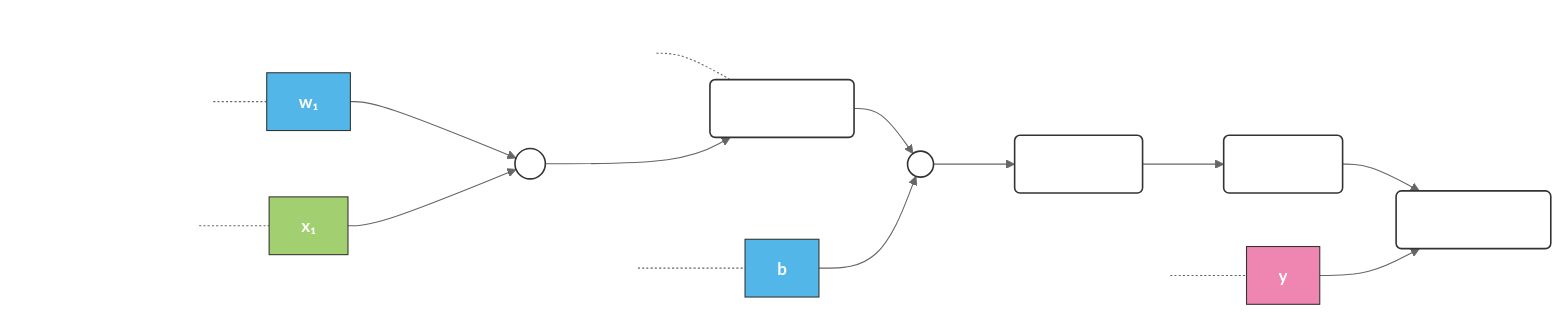
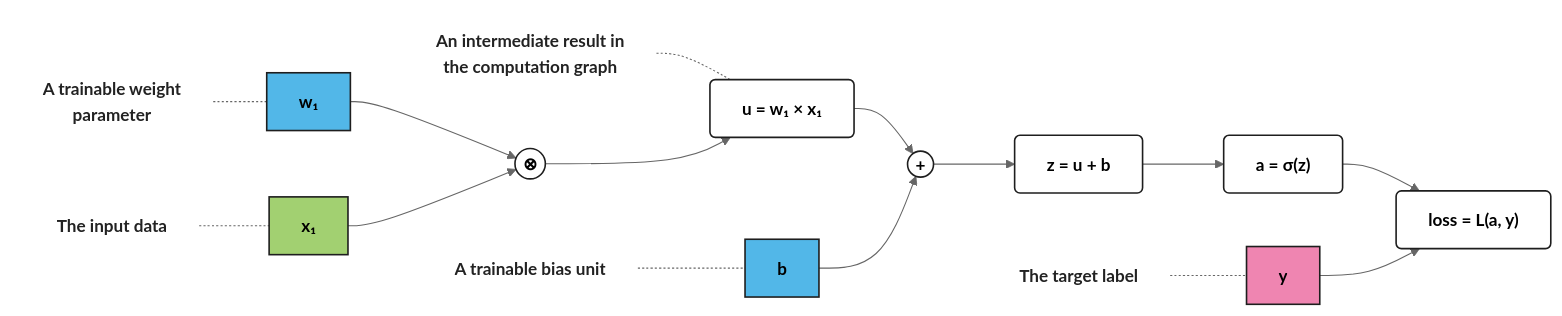
One commit to Fatim-h/Learning-Resource-building-LLM changed the first of 2 diagrams in Notes/AA_Pytorch.md. Above: the diagram before and after it, drawn with Mermaid (neutral theme). The commit also changed other lines of this file, not shown here.

````diff
--- a/Notes/AA_Pytorch.md
+++ b/Notes/AA_Pytorch.md
@@ -107,51 +107,51 @@
 ```mermaid
 flowchart LR
-    %% Class Definitions for Styling
-    classDef weight fill:#52b7e8,stroke:#333,stroke-width:1px,color:#fff,font-weight:bold;
-    classDef input fill:#a2d071,stroke:#333,stroke-width:1px,color:#fff,font-weight:bold;
-    classDef bias fill:#52b7e8,stroke:#333,stroke-width:1px,color:#fff,font-weight:bold;
-    classDef label fill:#ef85b1,stroke:#333,stroke-width:1px,color:#fff,font-weight:bold;
-    classDef op fill:#fff,stroke:#333,stroke-width:1.5px;
-    classDef box fill:#fff,stroke:#333,stroke-width:1.5px,rx:5,ry:5;
-    classDef text fill:none,stroke:none,font-weight:bold;
+    %% Class Definitions for High Visibility
+    classDef weight fill:#52b7e8,stroke:#1e1e1e,stroke-width:1.5px,color:#000,font-weight:bold;
+    classDef input fill:#a2d071,stroke:#1e1e1e,stroke-width:1.5px,color:#000,font-weight:bold;
+    classDef bias fill:#52b7e8,stroke:#1e1e1e,stroke-width:1.5px,color:#000,font-weight:bold;
+    classDef label fill:#ef85b1,stroke:#1e1e1e,stroke-width:1.5px,color:#000,font-weight:bold;
+    classDef op fill:#ffffff,stroke:#1e1e1e,stroke-width:1.5px,color:#000,font-weight:bold;
+    classDef box fill:#ffffff,stroke:#1e1e1e,stroke-width:1.5px,color:#000,font-weight:bold,rx:5,ry:5;
+    classDef text fill:none,stroke:none,color:#222,font-weight:bold;
 
     %% Annotations
     T1["A trainable weight<br>parameter"]
     T2["The input data"]
     T3["An intermediate result in<br>the computation graph"]
     T4["A trainable bias unit"]
     T5["The target label"]
 
     %% Diagram Nodes
     W["w₁"]:::weight
     X["x₁"]:::input
     MULT(("⊗")):::op
     U["u = w₁ × x₁"]:::box
     B["b"]:::bias
     ADD(("+")):::op
     Z["z = u + b"]:::box
     A["a = σ(z)"]:::box
     LOSS["loss = L(a, y)"]:::box
     Y["y"]:::label
 
     %% Annotation Links
     T1 -.- W
     T2 -.- X
     T3 -.- U
     T4 -.- B
     T5 -.- Y
 
     %% Computation Flow Links
     W --> MULT
     X --> MULT
     MULT --> U
     U --> ADD
     B --> ADD
     ADD --> Z
     Z --> A
     A --> LOSS
     Y --> LOSS
 
     %% Apply Text Classes
     class T1,T2,T3,T4,T5 text;
 ```
````
